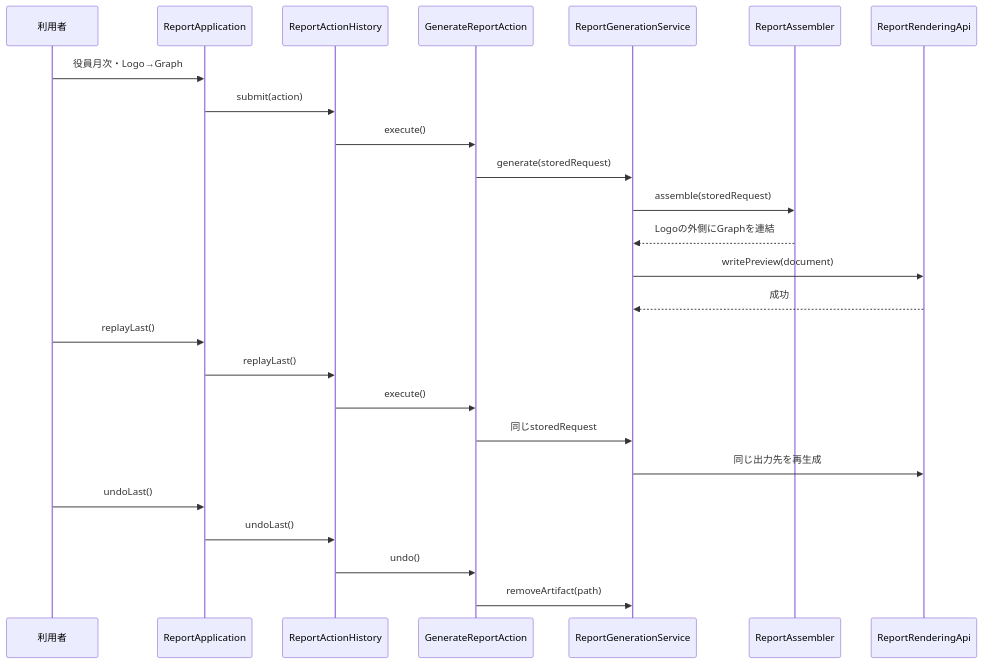
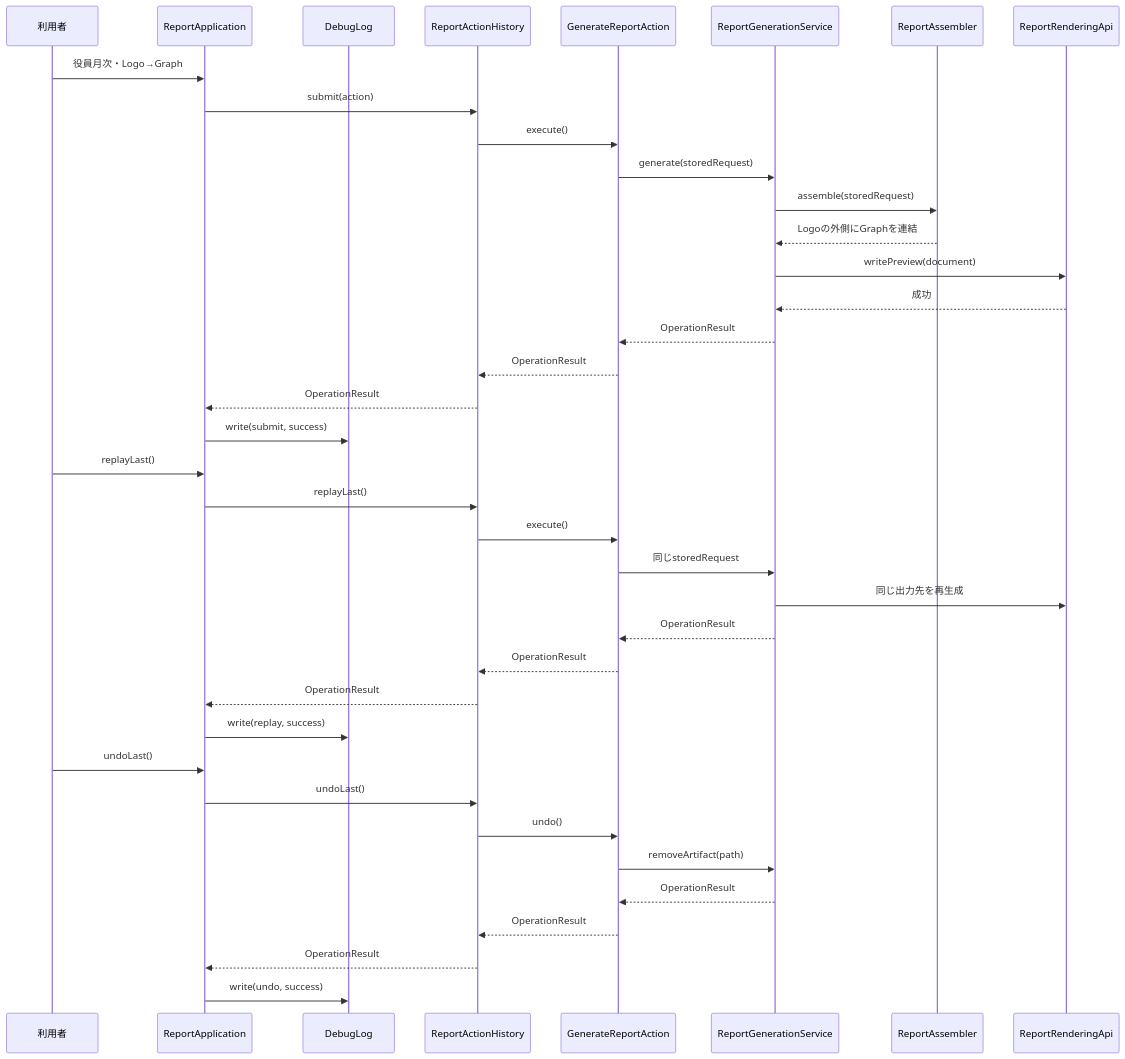
One commit to kumachan1101-pixel/DesignPattern changed diagram 11 of 15 in kindle/design-patterns/output/chapter11.md. Above: the diagram before and after it, drawn with Mermaid. The commit also changed other lines of this file and 7 other files, not shown here.

````diff
--- a/kindle/design-patterns/output/chapter11.md
+++ b/kindle/design-patterns/output/chapter11.md
@@ -2408,28 +2597,41 @@
 ```mermaid
 sequenceDiagram
     participant U as 利用者
     participant A as ReportApplication
+    participant L as DebugLog
     participant H as ReportActionHistory
     participant C as GenerateReportAction
     participant S as ReportGenerationService
     participant B as ReportAssembler
     participant O as ReportRenderingApi
 
     U->>A: 役員月次・Logo→Graph
     A->>H: submit(action)
     H->>C: execute()
     C->>S: generate(storedRequest)
     S->>B: assemble(storedRequest)
     B-->>S: Logoの外側にGraphを連結
     S->>O: writePreview(document)
     O-->>S: 成功
+    S-->>C: OperationResult
+    C-->>H: OperationResult
+    H-->>A: OperationResult
+    A->>L: write(submit, success)
     U->>A: replayLast()
     A->>H: replayLast()
     H->>C: execute()
     C->>S: 同じstoredRequest
     S->>O: 同じ出力先を再生成
+    S-->>C: OperationResult
+    C-->>H: OperationResult
+    H-->>A: OperationResult
+    A->>L: write(replay, success)
     U->>A: undoLast()
     A->>H: undoLast()
     H->>C: undo()
     C->>S: removeArtifact(path)
+    S-->>C: OperationResult
+    C-->>H: OperationResult
+    H-->>A: OperationResult
+    A->>L: write(undo, success)
 ```
````
